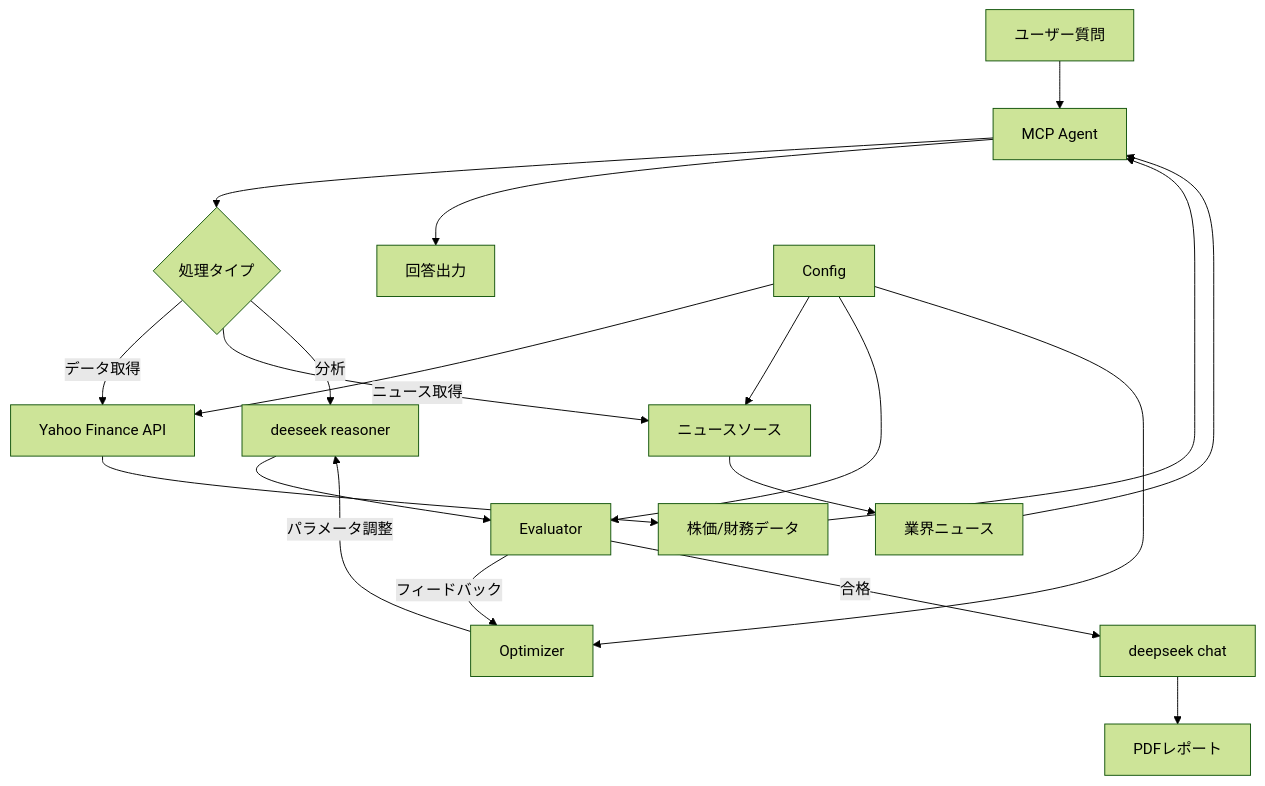
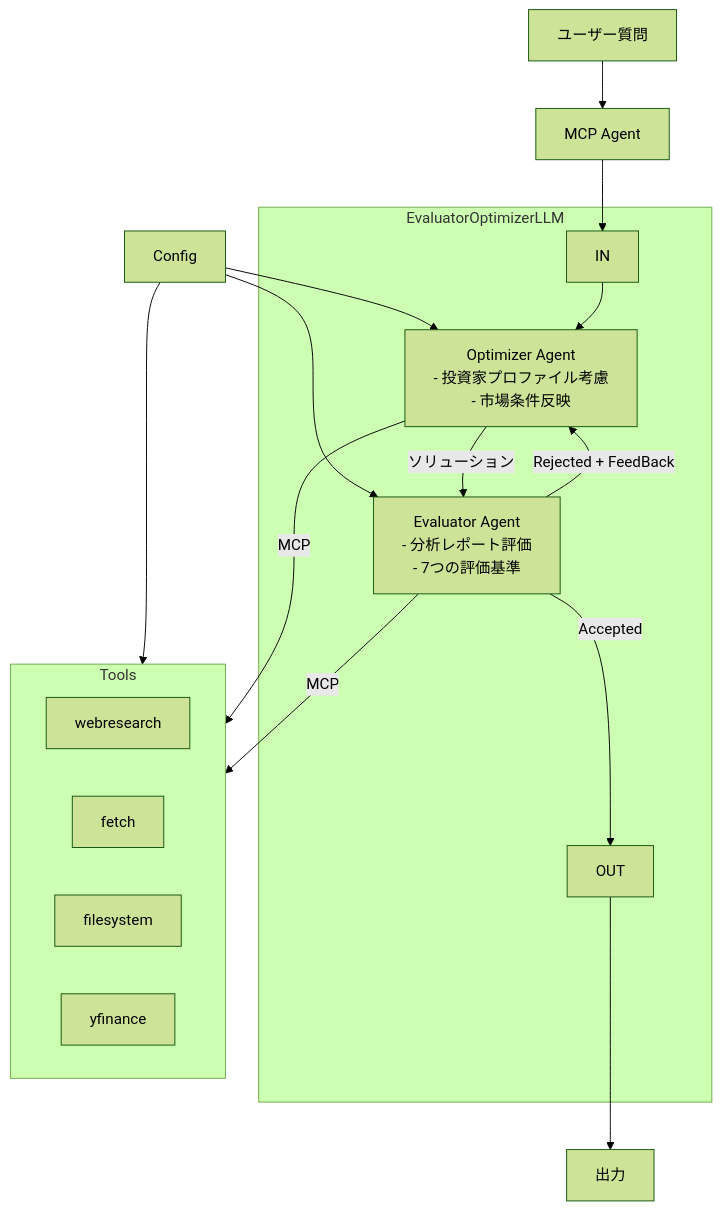
One commit to tofumiyoshi/stock_investment_assistant changed the diagram in memory-bank/systemPatterns.md. Above: the diagram before and after it, drawn with Mermaid (forest theme). The commit also changed other lines of this file and 42 other files, not shown here.

````diff
--- a/memory-bank/systemPatterns.md
+++ b/memory-bank/systemPatterns.md
@@ -4,21 +4,33 @@
 ```mermaid
 graph TD
-    A[ユーザー質問] --> B[MCP Agent]
-    B --> C{処理タイプ}
-    C -->|データ取得| D[Yahoo Finance API]
-    C -->|ニュース取得| N[ニュースソース]
-    C -->|分析| E[deeseek reasoner]
-    E --> EV[Evaluator: deeseek reasoner]
-    EV -->|フィードバック| OP[Optimizer: deeseek reasoner]
-    OP -->|パラメータ調整| E
-    EV -->|合格| F[deepseek chat]
-    F --> I[PDFレポート]
-    D --> G[株価/財務データ]
-    N --> K[業界ニュース]
-    G & K --> B
-    B --> J[回答出力]
-    L[Config] --> D
-    L --> N
-    L --> EV[Evaluator]
-    L --> OP[Optimizer]
+   A[ユーザー質問] --> B[MCP Agent]
+   B --> IN
+   OUT --> J[出力]
+   L[Config] --> EV
+   L --> OP
+   L --> Tools
+
+   %% エージェント詳細
+   subgraph EvaluatorOptimizerLLM
+      OP["Optimizer Agent
+        - 投資家プロファイル考慮
+        - 市場条件反映"]
+      EV["Evaluator Agent
+        - 分析レポート評価
+        - 7つの評価基準"]
+      IN --> OP
+      OP -->|ソリューション| EV
+      EV -->|Rejected + FeedBack| OP
+      EV -->|Accepted| OUT
+   end
+
+   %% Tools
+   subgraph Tools
+      T1[webresearch]
+      T2[fetch]
+      T3[filesystem]
+      T4[yfinance]
+   end
+   OP -->|MCP| Tools
+   EV -->|MCP| Tools
 ```
````
